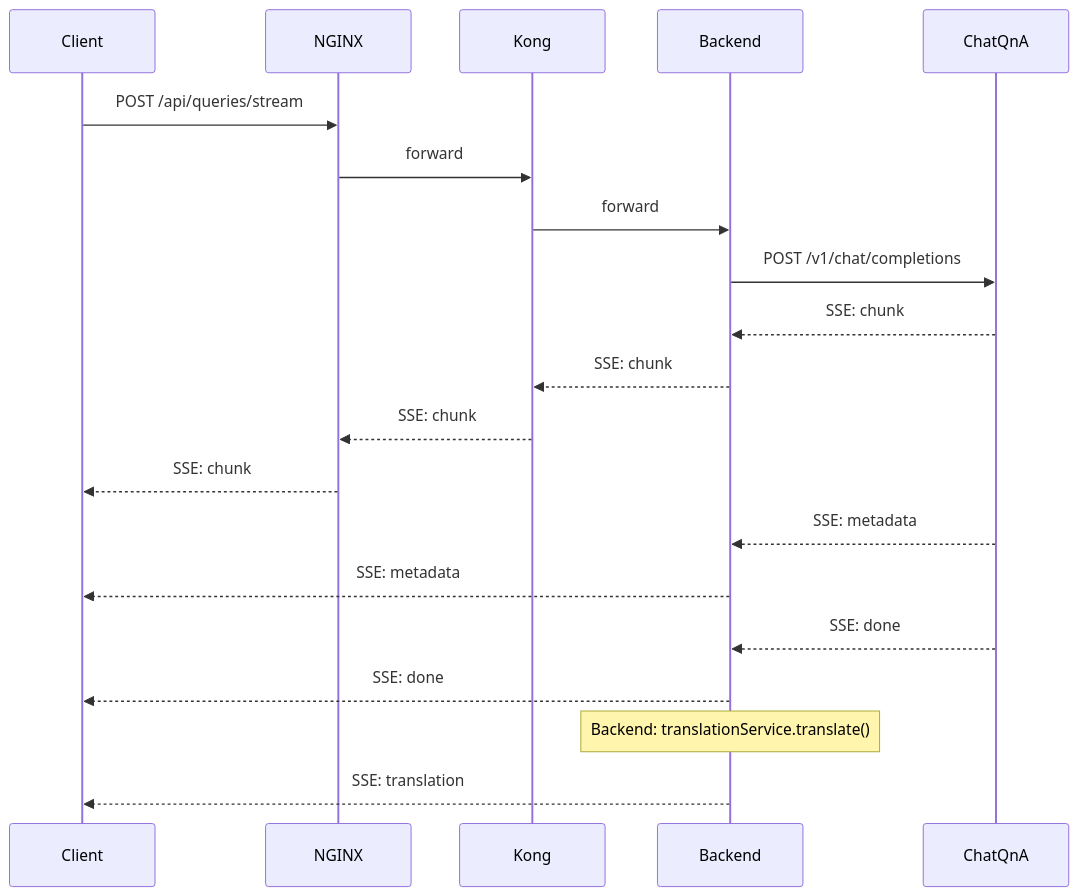
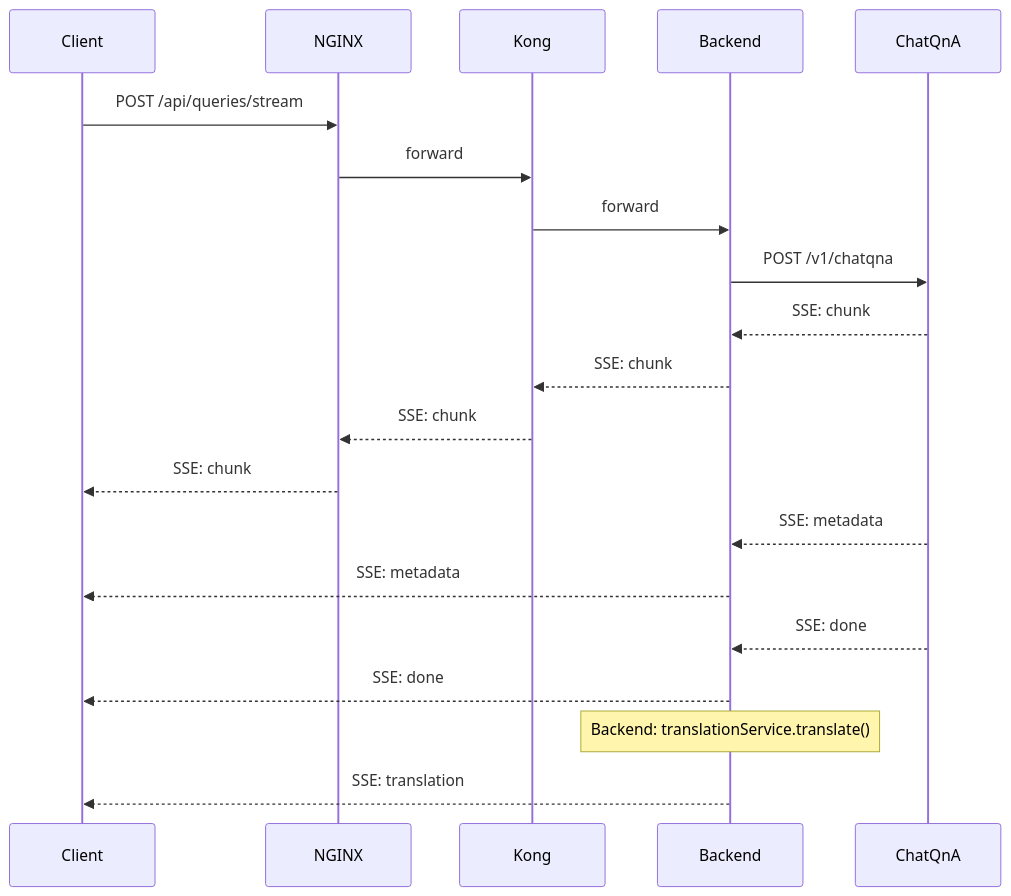
The sixth of 7 diagrams in site/content/en/docs/core/integration-architecture.md (jrevillard/genie-ai-replica), drawn with Mermaid before and after one commit. The commit also changed other lines of this file and 1 other file, not shown here.

First paragraph of the commit message:
fix(docs): correct Mermaid endpoints + redraw Cross-Part wiring
Wave 68 audit flagged two P2s that warranted fixing:

````diff
--- a/site/content/en/docs/core/integration-architecture.md
+++ b/site/content/en/docs/core/integration-architecture.md
@@ -945,27 +945,27 @@
 ```mermaid
 sequenceDiagram
     participant C as Client
     participant N as NGINX
     participant K as Kong
     participant B as Backend
     participant Q as ChatQnA
 
     C->>N: POST /api/queries/stream
     N->>K: forward
     K->>B: forward
-    B->>Q: POST /v1/chat/completions
+    B->>Q: POST /v1/chatqna
 
     Q-->>B: SSE: chunk
     B-->>K: SSE: chunk
     K-->>N: SSE: chunk
     N-->>C: SSE: chunk
 
     Q-->>B: SSE: metadata
     B-->>C: SSE: metadata
 
     Q-->>B: SSE: done
     B-->>C: SSE: done
 
     Note over B: Backend: translationService.translate()
     B-->>C: SSE: translation
 ```
````
